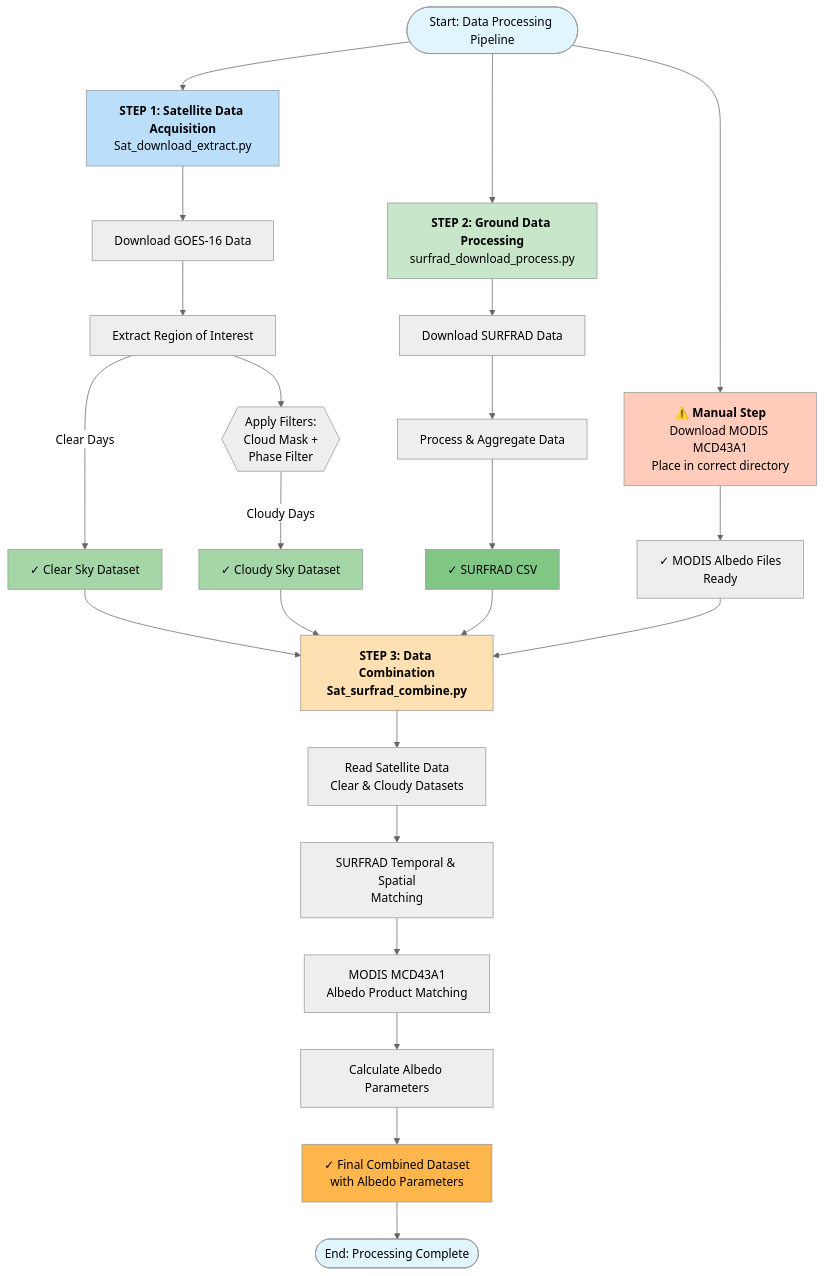
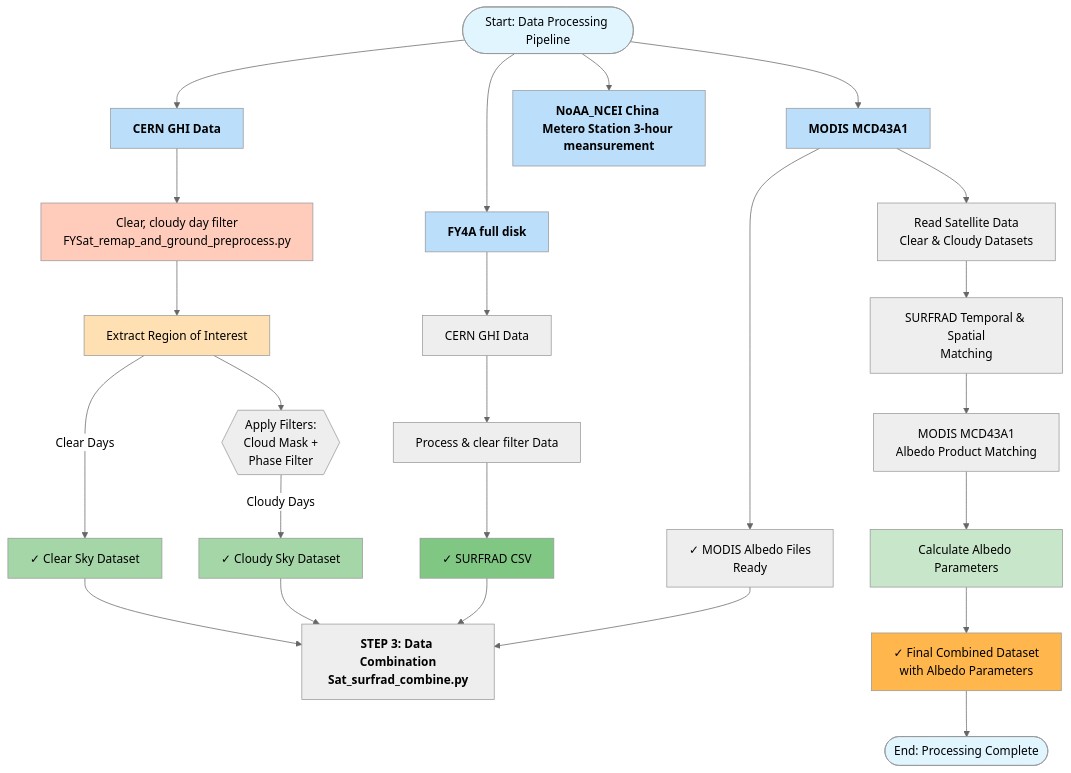
One commit to andy1smith/FY4A_SWCOD changed the diagram in Sat_Preprocessing/README_Preprocessing.md. Above: the diagram before and after it, drawn with Mermaid (neutral theme). The commit also changed other lines of this file and 255 other files, not shown here.

````diff
--- a/Sat_Preprocessing/README_Preprocessing.md
+++ b/Sat_Preprocessing/README_Preprocessing.md
@@ -67,43 +67,47 @@
 ```mermaid
 graph TD
-    Start([Start: Data Processing Pipeline]) --> Step1["<b>STEP 1: Satellite Data Acquisition</b><br/>Sat_download_extract.py"]
-    Start --> Step2["<b>STEP 2: Ground Data Processing</b><br/>surfrad_download_process.py"]
-    Start --> Step3Manual["<b>⚠️ Manual Step</b><br/>Download MODIS MCD43A1<br/>Place in correct directory"]
+    Start([Start: Data Processing Pipeline]) --> Data1["<b>CERN GHI Data</b>"]
+    Start --> Data2["<b>FY4A full disk</b>"]
+    Start --> Data3["<b>MODIS MCD43A1</b>"]
+    Start --> Data4["<b>NoAA_NCEI China Metero Station 3-hour meansurement</b>"]
 
-Step1 --> S1F1["Download GOES-16 Data"]
+Data1 --> S1F1["Clear, cloudy day filter<br/>FYSat_remap_and_ground_preprocess.py"]
 S1F1 --> S1F2["Extract Region of Interest"]
 S1F2 --> S1Filter{{"Apply Filters:<br/>Cloud Mask +<br/>Phase Filter"}}
 
 S1F2 -->|Clear Days| ClearOutput["✓ Clear Sky Dataset"]
 S1Filter -->|Cloudy Days| CloudyOutput["✓ Cloudy Sky Dataset"]
 
-Step2 --> S2F1["Download SURFRAD Data"]
-S2F1 --> S2F2["Process & Aggregate Data"]
+Data2 --> S2F1["CERN GHI Data"]
+S2F1 --> S2F2["Process & clear filter Data"]
 S2F2 --> S2Output["✓ SURFRAD CSV"]
 
-Step3Manual --> ManualDone["✓ MODIS Albedo Files<br/>Ready"]
+Data3 --> ManualDone["✓ MODIS Albedo Files<br/>Ready"]
 
 ClearOutput --> Step3["<b>STEP 3: Data Combination<br/>Sat_surfrad_combine.py"]
 CloudyOutput --> Step3
 S2Output --> Step3
 ManualDone --> Step3
 
-Step3 --> S3F1["Read Satellite Data<br/>Clear & Cloudy Datasets"]
+Data3 --> S3F1["Read Satellite Data<br/>Clear & Cloudy Datasets"]
 S3F1 --> S3F2["SURFRAD Temporal & Spatial<br/>Matching"]
 S3F2 --> S3F3["MODIS MCD43A1<br/>Albedo Product Matching"]
 S3F3 --> S3F4["Calculate Albedo Parameters"]
 
 S3F4 --> FinalOutput["✓ Final Combined Dataset<br/>with Albedo Parameters"]
 FinalOutput --> End([End: Processing Complete])
 
 style Start fill:#e1f5ff
 style End fill:#e1f5ff
-style Step1 fill:#bbdefb
-style Step2 fill:#c8e6c9
-style Step3 fill:#ffe0b2
-style Step3Manual fill:#ffccbc
+style Data1 fill:#bbdefb
+style Data2 fill:#bbdefb
+style Data3 fill:#bbdefb
+style Data4 fill:#bbdefb
+style S3F4 fill:#c8e6c9
+style S1F2 fill:#ffe0b2
+style S1F1 fill:#ffccbc
 style ClearOutput fill:#a5d6a7
 style CloudyOutput fill:#a5d6a7
 style S2Output fill:#81c784
 style FinalOutput fill:#ffb74d
 ```
````
